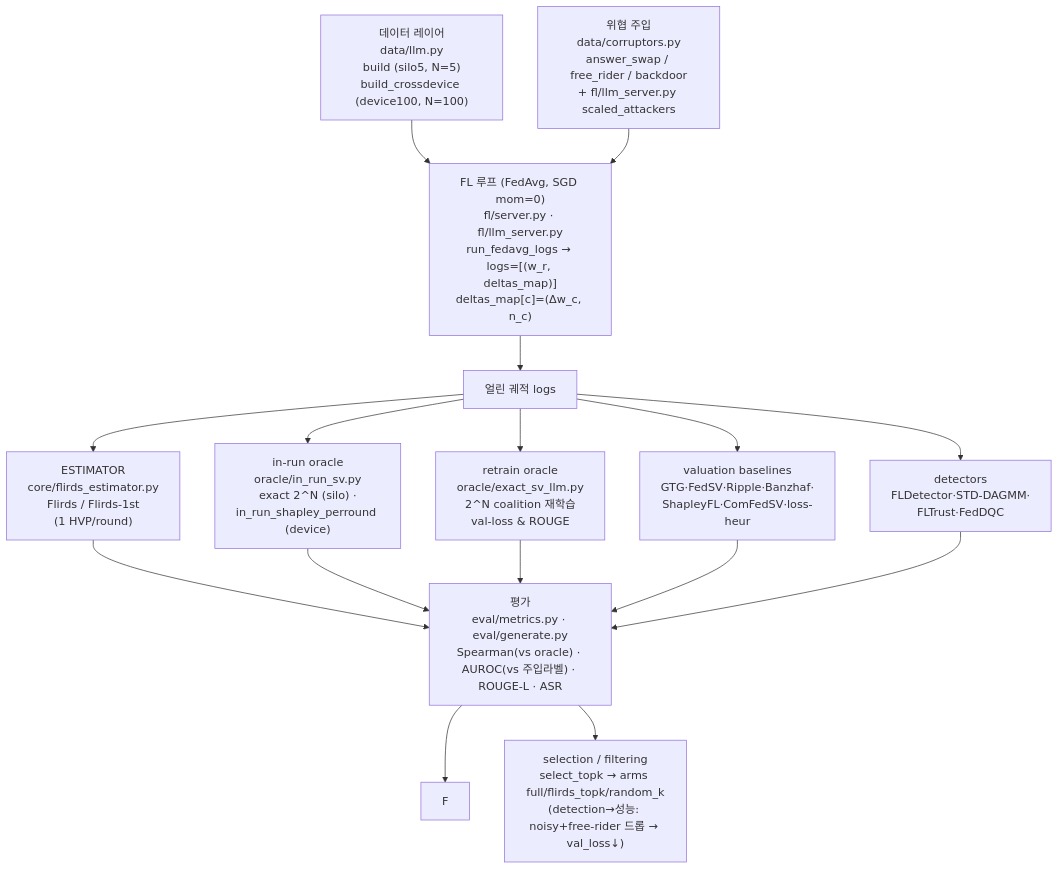
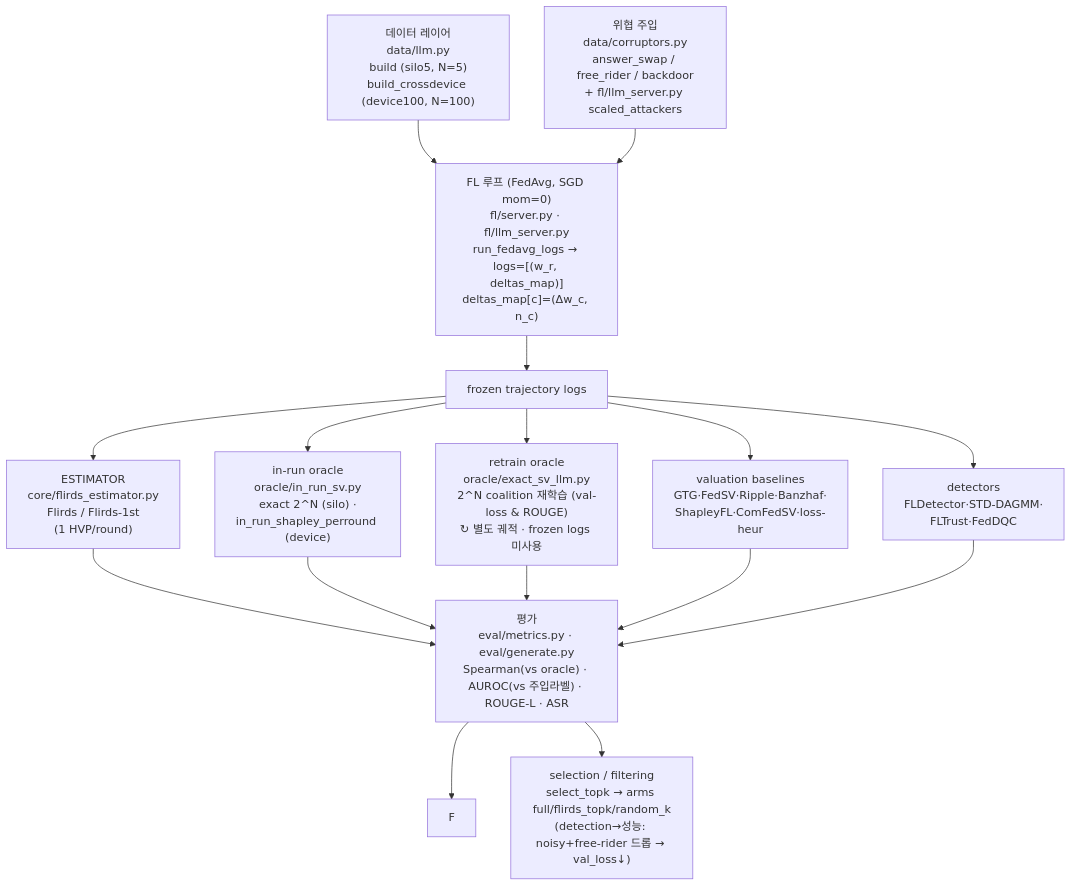
One commit to YongheeChoi/flirds changed the diagram in research-wiki/wiki/checkpoint-2026-06-10/00-overview.md. Above: the diagram before and after it, drawn with Mermaid. The commit also changed other lines of this file and 11 other files, not shown here.

First line of the commit message:
checkpoint: unify 얼린궤적 -> frozen trajectory; mark retrain oracle as a separate retrain (not a frozen-logs branch) in the diagram

````diff
--- a/research-wiki/wiki/checkpoint-2026-06-10/00-overview.md
+++ b/research-wiki/wiki/checkpoint-2026-06-10/00-overview.md
@@ -36,14 +36,14 @@
 ```mermaid
 flowchart TD
   A["데이터 레이어<br/>data/llm.py<br/>build (silo5, N=5)<br/>build_crossdevice (device100, N=100)"] --> B
   T["위협 주입<br/>data/corruptors.py<br/>answer_swap / free_rider / backdoor<br/>+ fl/llm_server.py scaled_attackers"] --> B
   B["FL 루프 (FedAvg, SGD mom=0)<br/>fl/server.py · fl/llm_server.py<br/>run_fedavg_logs → logs=[(w_r, deltas_map)]<br/>deltas_map[c]=(Δw_c, n_c)"] --> C
-  C["얼린 궤적 logs"] --> D1 & D2 & D3 & D4 & D5
+  C["frozen trajectory logs"] --> D1 & D2 & D3 & D4 & D5
   D1["ESTIMATOR<br/>core/flirds_estimator.py<br/>Flirds / Flirds-1st<br/>(1 HVP/round)"] --> E
   D2["in-run oracle<br/>oracle/in_run_sv.py<br/>exact 2^N (silo) ·<br/>in_run_shapley_perround (device)"] --> E
-  D3["retrain oracle<br/>oracle/exact_sv_llm.py<br/>2^N coalition 재학습<br/>val-loss & ROUGE"] --> E
+  D3["retrain oracle<br/>oracle/exact_sv_llm.py<br/>2^N coalition 재학습 (val-loss & ROUGE)<br/>↻ 별도 궤적 · frozen logs 미사용"] --> E
   D4["valuation baselines<br/>GTG·FedSV·Ripple·Banzhaf·<br/>ShapleyFL·ComFedSV·loss-heur"] --> E
   D5["detectors<br/>FLDetector·STD-DAGMM·<br/>FLTrust·FedDQC"] --> E
   E["평가<br/>eval/metrics.py · eval/generate.py<br/>Spearman(vs oracle) · AUROC(vs 주입라벨) · ROUGE-L · ASR"] --> F
   E --> G["selection / filtering<br/>select_topk → arms full/flirds_topk/random_k<br/>(detection→성능: noisy+free-rider 드롭 → val_loss↓)"]
 ```
````
